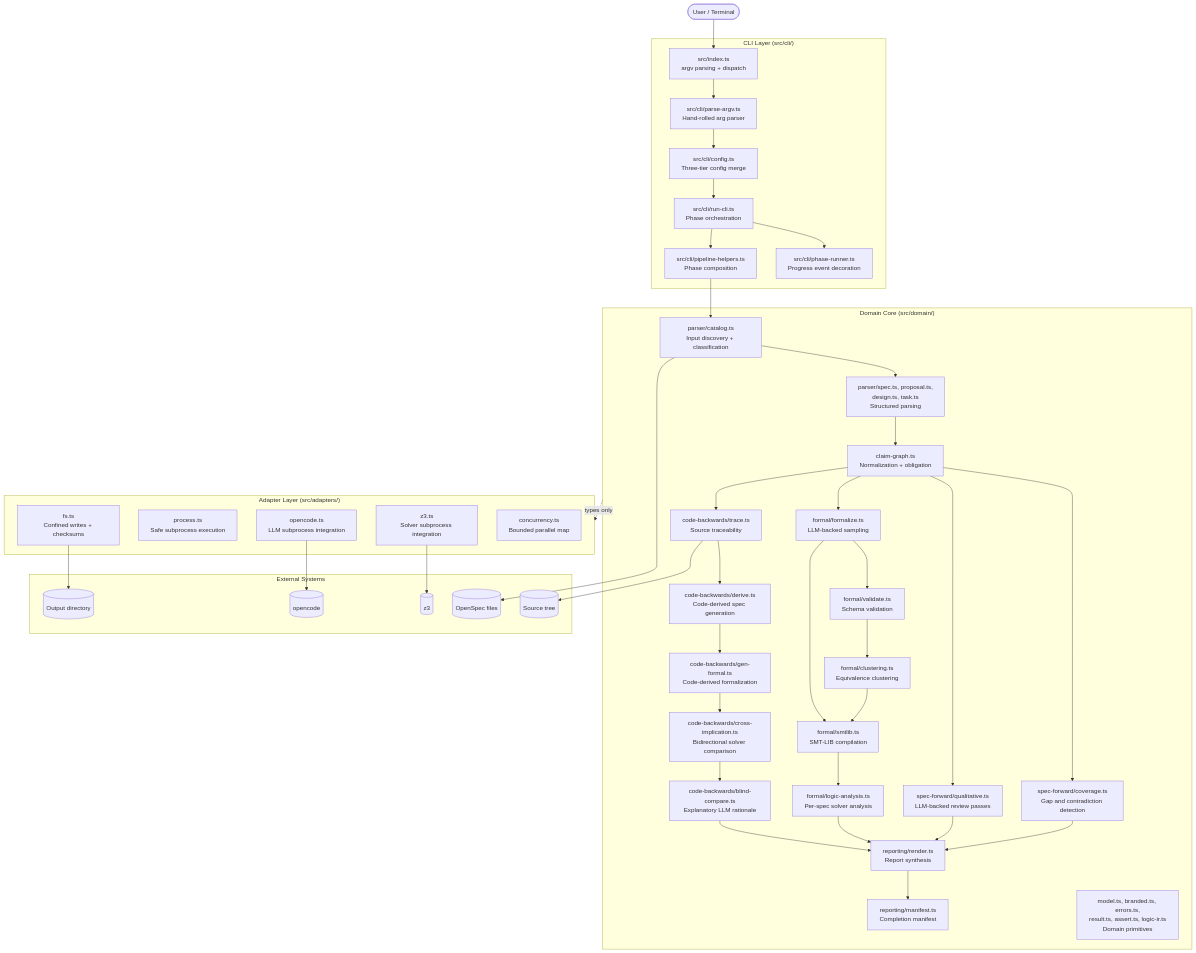
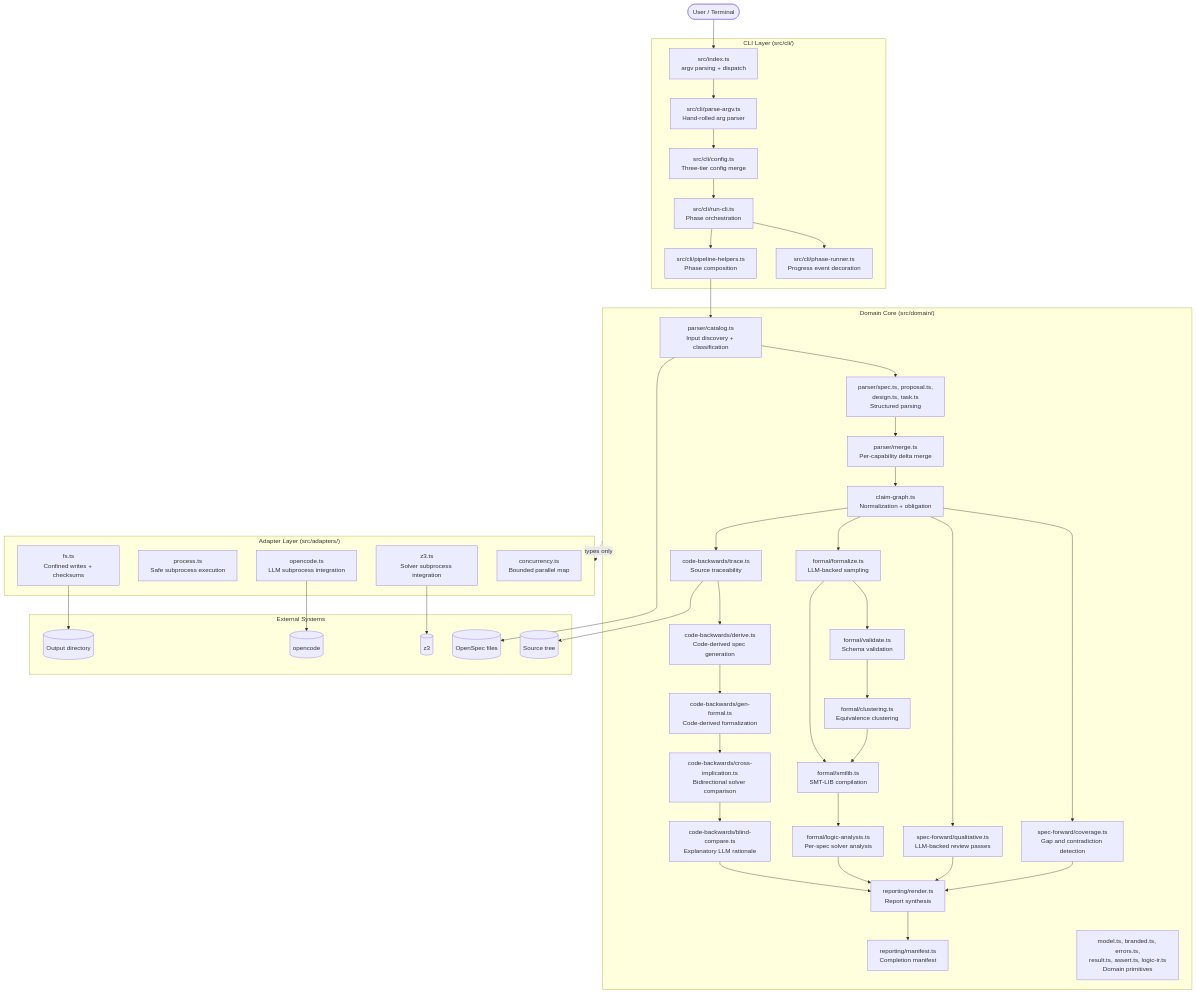
One commit to ohpauleez/spec-check changed the first of 13 diagrams in docs/design.md. Above: the diagram before and after it, drawn with Mermaid. The commit also changed other lines of this file and 48 other files, not shown here.

Commit message:
spec-check should merge the claims of a Delta spec onto the core specs during logical analysis

```diff
--- a/docs/design.md
+++ b/docs/design.md
@@ -175,6 +175,7 @@
     subgraph Domain["Domain Core (src/domain/)"]
         Catalog["parser/catalog.ts<br/>Input discovery + classification"]
         Parser["parser/spec.ts, proposal.ts,<br/>design.ts, task.ts<br/>Structured parsing"]
+        Merge["parser/merge.ts<br/>Per-capability delta merge"]
         Claims["claim-graph.ts<br/>Normalization + obligation"]
         Coverage["spec-forward/coverage.ts<br/>Gap and contradiction detection"]
         Qualitative["spec-forward/qualitative.ts<br/>LLM-backed review passes"]
@@ -217,7 +218,8 @@
     Runner --> Helpers
     Helpers --> Catalog
     Catalog --> Parser
-    Parser --> Claims
+    Parser --> Merge
+    Merge --> Claims
     Claims --> Coverage
     Claims --> Qualitative
     Claims --> Formalize
```
